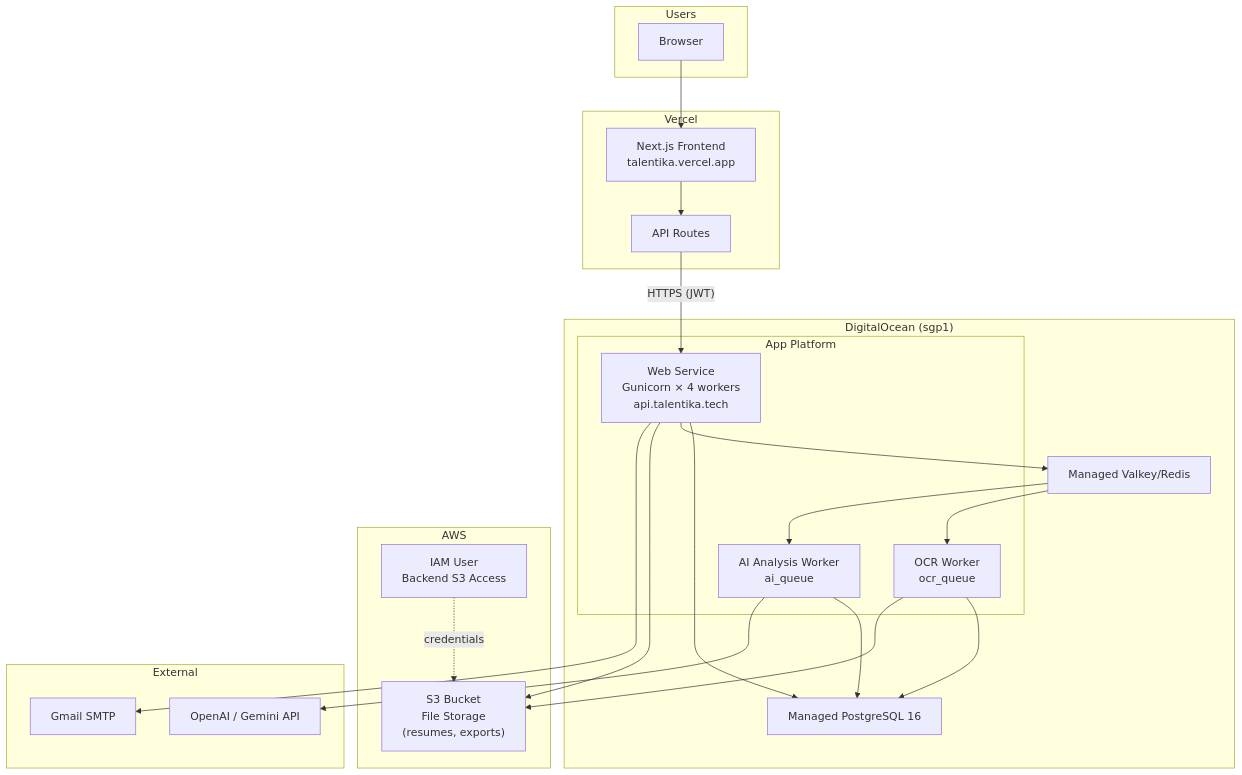
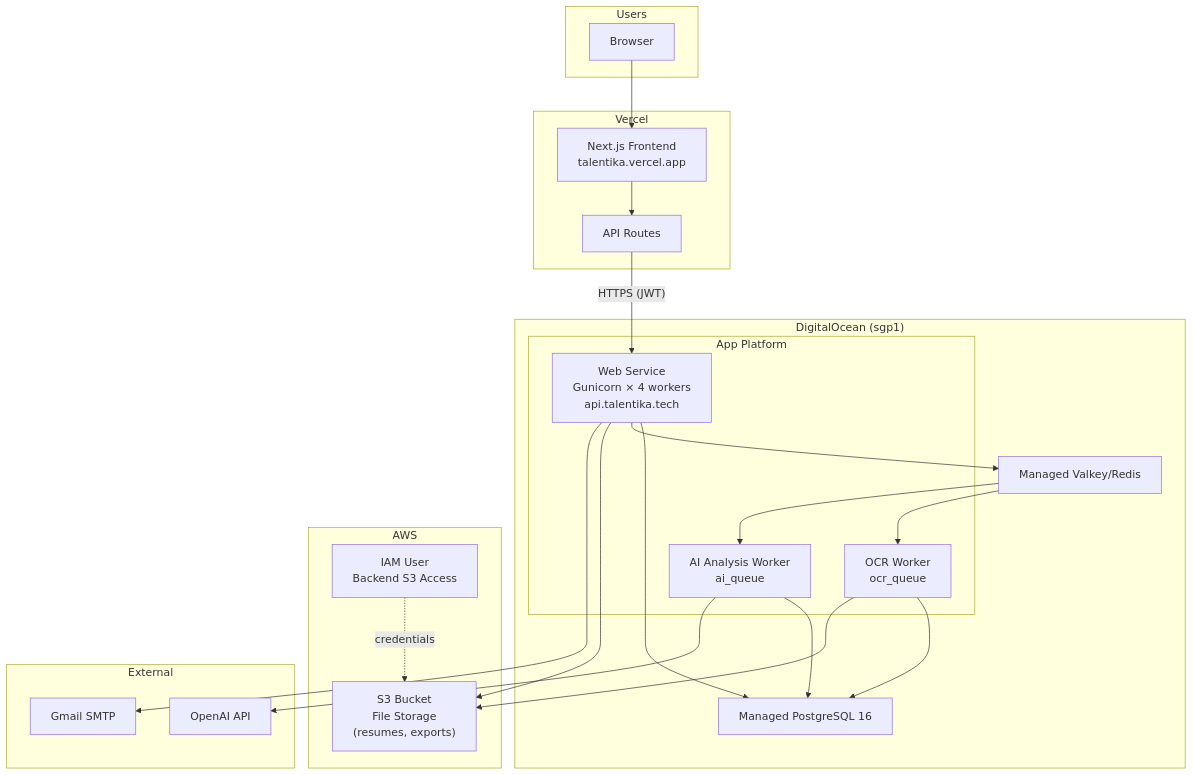
The second of 4 diagrams in documentation/system-architecture.md (roiceee/talentika), drawn with Mermaid before and after one commit. The commit also changed other lines of this file and 13 other files, not shown here.

````diff
--- a/documentation/system-architecture.md
+++ b/documentation/system-architecture.md
@@ -58,47 +58,47 @@
 ```mermaid
 graph TB
     subgraph Users
         Browser["Browser"]
     end
 
     subgraph Vercel
         NextJS["Next.js Frontend<br/>talentika.vercel.app"]
         APIRoutes["API Routes"]
         NextJS --> APIRoutes
     end
 
     subgraph DigitalOcean["DigitalOcean (sgp1)"]
         subgraph AppPlatform["App Platform"]
             Gunicorn["Web Service<br/>Gunicorn × 4 workers<br/>api.talentika.tech"]
             OCRWorker["OCR Worker<br/>ocr_queue"]
             AIWorker["AI Analysis Worker<br/>ai_queue"]
         end
 
         ManagedPostgres["Managed PostgreSQL 16"]
         ManagedRedis["Managed Valkey/Redis"]
     end
 
     subgraph AWS
         S3["S3 Bucket<br/>File Storage<br/>(resumes, exports)"]
         IAM["IAM User<br/>Backend S3 Access"]
     end
 
     subgraph External
-        OpenAI["OpenAI / Gemini API"]
+        OpenAI["OpenAI API"]
         SMTP["Gmail SMTP"]
     end
 
     Browser --> NextJS
     APIRoutes -- "HTTPS (JWT)" --> Gunicorn
     Gunicorn --> ManagedPostgres
     Gunicorn --> ManagedRedis
     ManagedRedis --> OCRWorker
     ManagedRedis --> AIWorker
     OCRWorker --> ManagedPostgres
     AIWorker --> ManagedPostgres
     AIWorker --> OpenAI
     Gunicorn --> S3
     OCRWorker --> S3
     IAM -.->|credentials| S3
     Gunicorn --> SMTP
 ```
````
